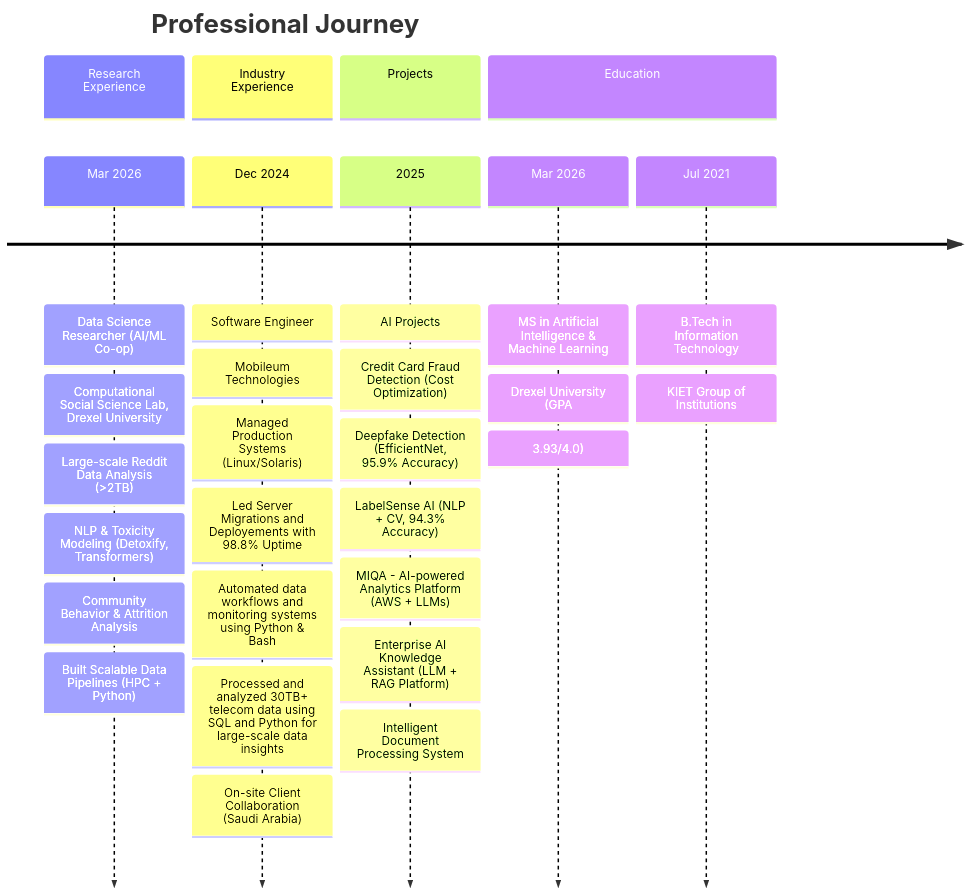
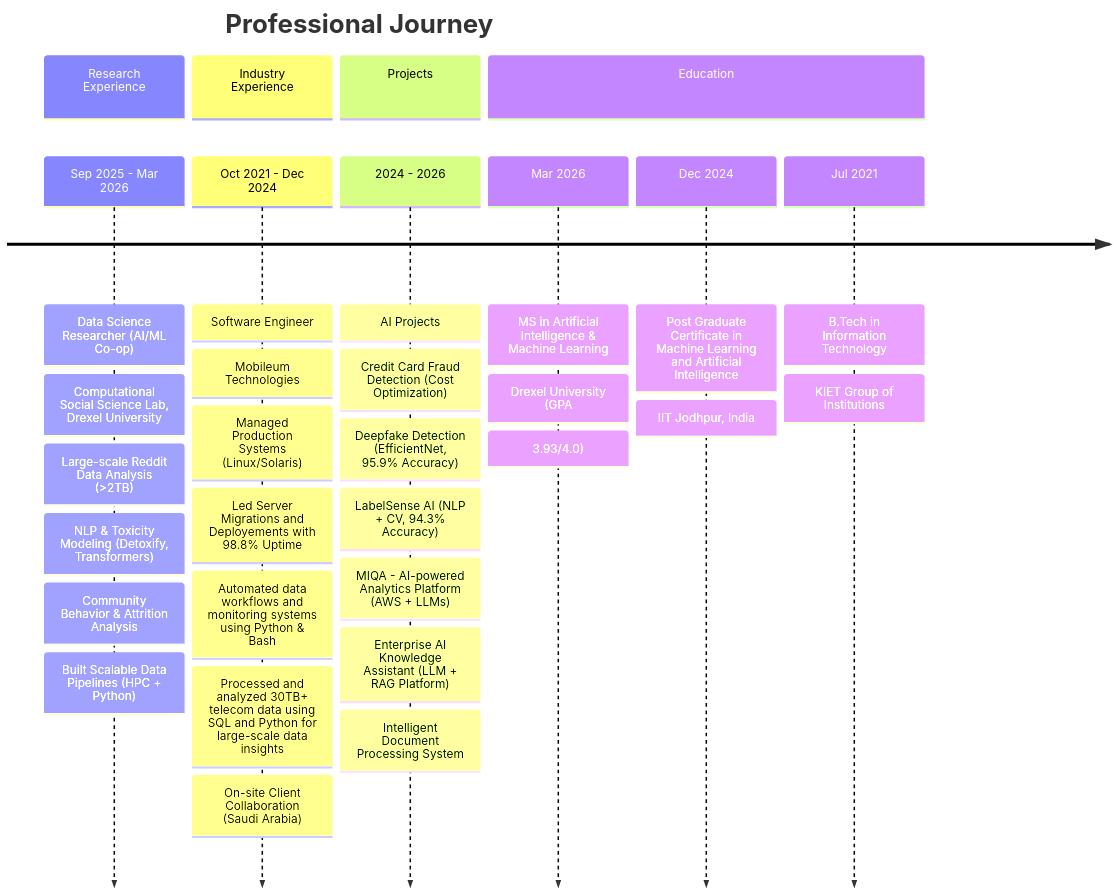
Before and after one commit to ShobhitDixit98/ShobhitDixit98: the diagram in README.md, drawn with Mermaid.

Commit message:
Revise timeline entries in README.md
Updated timeline with accurate dates for research, industry experience, projects, and education.

````diff
--- a/README.md
+++ b/README.md
@@ -38,37 +38,40 @@
 ```mermaid
 timeline
     title Professional Journey
 
     section Research Experience
-    Mar 2026 : Data Science Researcher (AI/ML Co-op)
-             : Computational Social Science Lab, Drexel University
-             : Large-scale Reddit Data Analysis (>2TB)
-             : NLP & Toxicity Modeling (Detoxify, Transformers)
-             : Community Behavior & Attrition Analysis
-             : Built Scalable Data Pipelines (HPC + Python)
+    Sep 2025 - Mar 2026  : Data Science Researcher (AI/ML Co-op)
+                         : Computational Social Science Lab, Drexel University
+                         : Large-scale Reddit Data Analysis (>2TB)
+                         : NLP & Toxicity Modeling (Detoxify, Transformers)
+                         : Community Behavior & Attrition Analysis
+                         : Built Scalable Data Pipelines (HPC + Python)
 
     section Industry Experience
-    Dec 2024 : Software Engineer
-             : Mobileum Technologies
-             : Managed Production Systems (Linux/Solaris)
-             : Led Server Migrations and Deployements with 98.8% Uptime
-             : Automated data workflows and monitoring systems using Python & Bash
-             : Processed and analyzed 30TB+ telecom data using SQL and Python for large-scale data insights
-             : On-site Client Collaboration (Saudi Arabia) 
+    Oct 2021 - Dec 2024  : Software Engineer
+                         : Mobileum Technologies
+                         : Managed Production Systems (Linux/Solaris)
+                         : Led Server Migrations and Deployements with 98.8% Uptime
+                         : Automated data workflows and monitoring systems using Python & Bash
+                         : Processed and analyzed 30TB+ telecom data using SQL and Python for large-scale data insights
+                         : On-site Client Collaboration (Saudi Arabia) 
 
     section Projects
-    2025 : AI Projects
-         : Credit Card Fraud Detection (Cost Optimization)
-         : Deepfake Detection (EfficientNet, 95.9% Accuracy)
-         : LabelSense AI (NLP + CV, 94.3% Accuracy)
-         : MIQA - AI-powered Analytics Platform (AWS + LLMs)
-         : Enterprise AI Knowledge Assistant (LLM + RAG Platform) 
-         : Intelligent Document Processing System 
+    2024 - 2026          : AI Projects
+                         : Credit Card Fraud Detection (Cost Optimization)
+                         : Deepfake Detection (EfficientNet, 95.9% Accuracy)
+                         : LabelSense AI (NLP + CV, 94.3% Accuracy)
+                         : MIQA - AI-powered Analytics Platform (AWS + LLMs)
+                         : Enterprise AI Knowledge Assistant (LLM + RAG Platform) 
+                         : Intelligent Document Processing System 
 
     section Education
     Mar 2026 : MS in Artificial Intelligence & Machine Learning
              : Drexel University (GPA: 3.93/4.0)
 
+    Dec 2024 : Post Graduate Certificate in Machine Learning and Artificial Intelligence
+             : IIT Jodhpur, India
+
     Jul 2021 : B.Tech in Information Technology
              : KIET Group of Institutions
 ```
````
